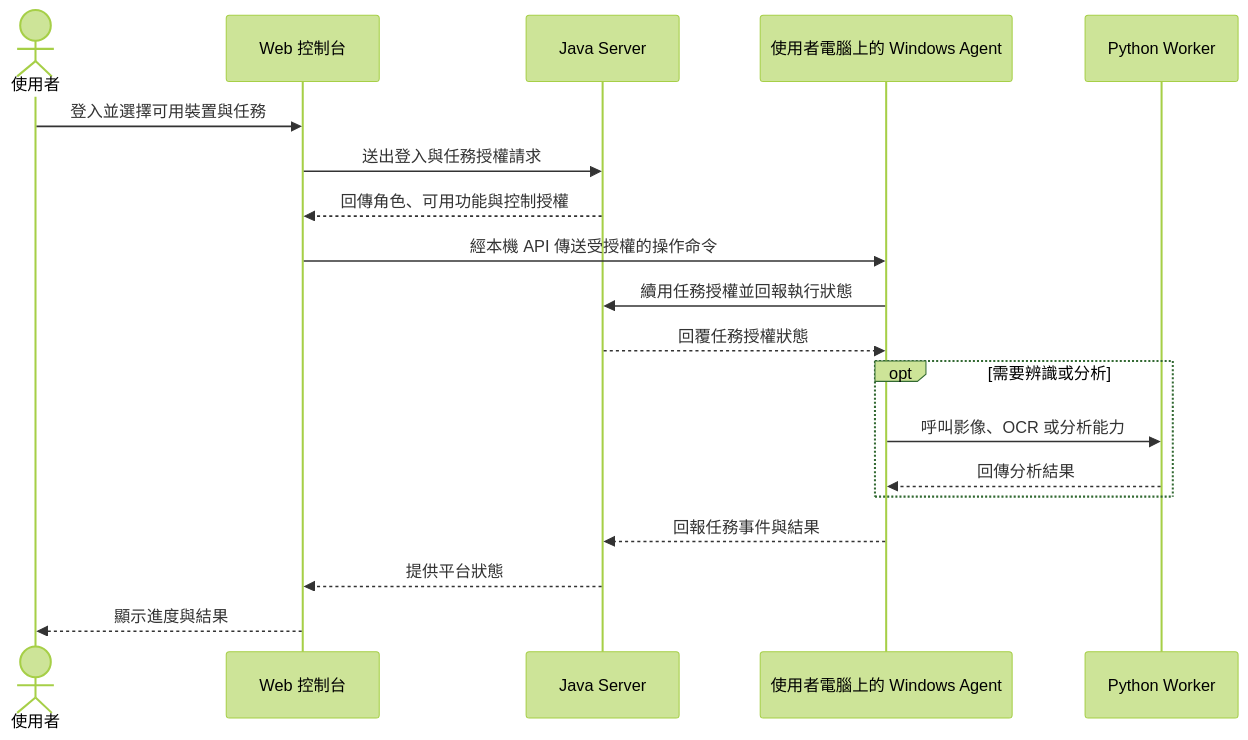
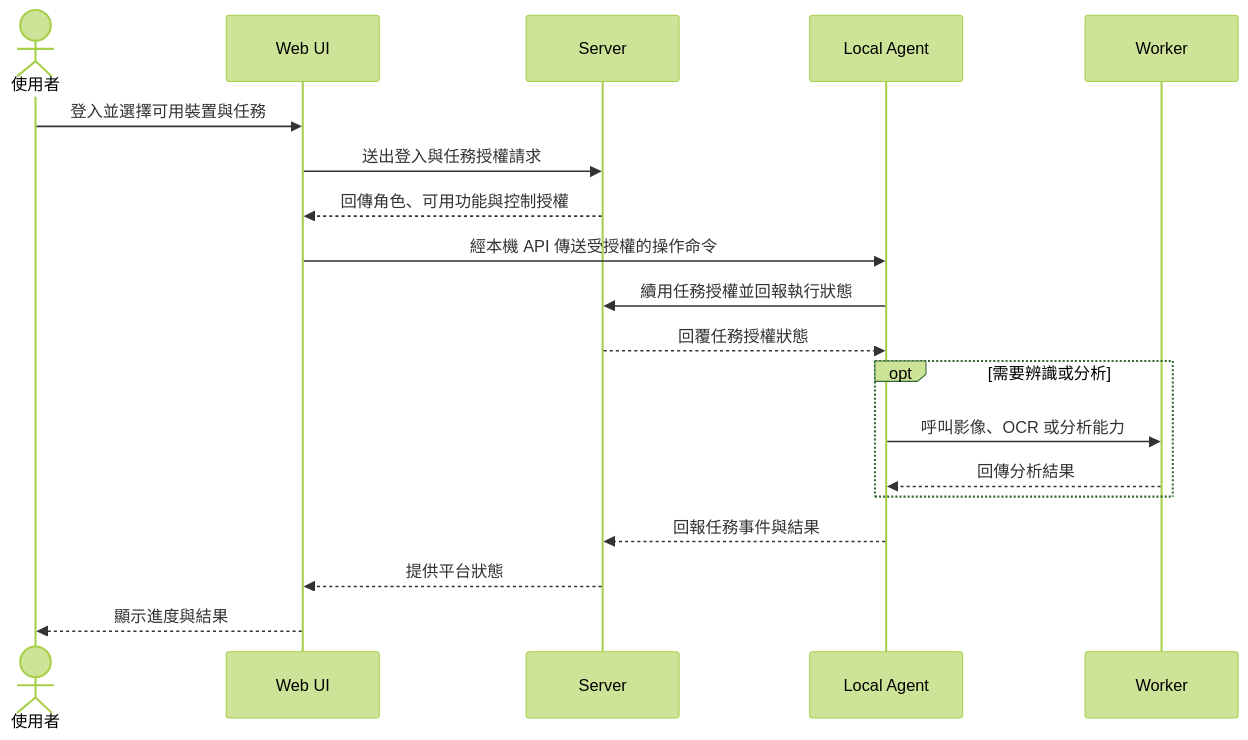
The diagram in README.md (highhao/desktop-control-platform), drawn with Mermaid (forest theme) before and after one commit. The commit also changed other lines of this file, not shown here.

````diff
--- a/README.md
+++ b/README.md
@@ -7,22 +7,22 @@
 ```mermaid
 sequenceDiagram
     actor U as 使用者
-    participant UI as Web 控制台
-    participant S as Java Server
-    participant A as 使用者電腦上的 Windows Agent
-    participant W as Python Worker
+    participant UI as Web UI
+    participant S as Server
+    participant A as Local Agent
+    participant W as Worker
 
     U->>UI: 登入並選擇可用裝置與任務
     UI->>S: 送出登入與任務授權請求
     S-->>UI: 回傳角色、可用功能與控制授權
     UI->>A: 經本機 API 傳送受授權的操作命令
     A->>S: 續用任務授權並回報執行狀態
     S-->>A: 回覆任務授權狀態
     opt 需要辨識或分析
         A->>W: 呼叫影像、OCR 或分析能力
         W-->>A: 回傳分析結果
     end
     A-->>S: 回報任務事件與結果
     S-->>UI: 提供平台狀態
     UI-->>U: 顯示進度與結果
 ```
````
